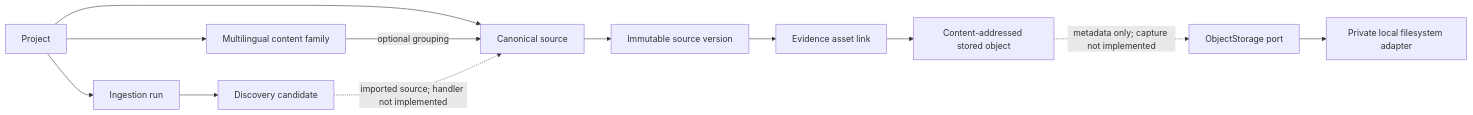
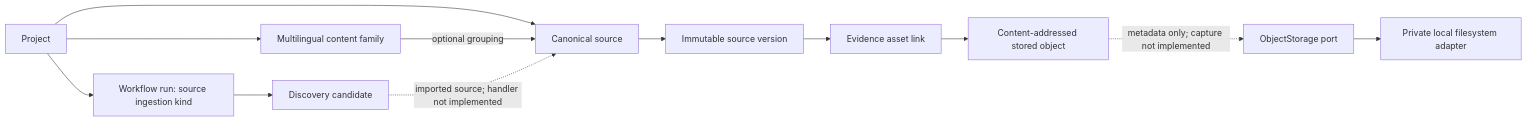
The third of 13 diagrams in docs/architecture/system-architecture.md (Wenqi77Zhang/GameCrafter-Agent), drawn with Mermaid before and after one commit. The commit also changed other lines of this file and 23 other files, not shown here.

````diff
--- a/docs/architecture/system-architecture.md
+++ b/docs/architecture/system-architecture.md
@@ -63,22 +65,22 @@
 ```mermaid
 flowchart LR
     PROJECT["Project"]
-    RUN["Ingestion run"]
+    RUN["Workflow run: source ingestion kind"]
     CANDIDATE["Discovery candidate"]
     FAMILY["Multilingual content family"]
     SOURCE["Canonical source"]
     VERSION["Immutable source version"]
     ASSET["Evidence asset link"]
     OBJECT["Content-addressed stored object"]
     PORT["ObjectStorage port"]
     LOCAL["Private local filesystem adapter"]
 
     PROJECT --> RUN --> CANDIDATE
     PROJECT --> FAMILY
     PROJECT --> SOURCE
     FAMILY -->|"optional grouping"| SOURCE
     CANDIDATE -. "imported source; handler not implemented" .-> SOURCE
     SOURCE --> VERSION --> ASSET --> OBJECT
     PORT --> LOCAL
     OBJECT -. "metadata only; capture not implemented" .-> PORT
 ```
````
